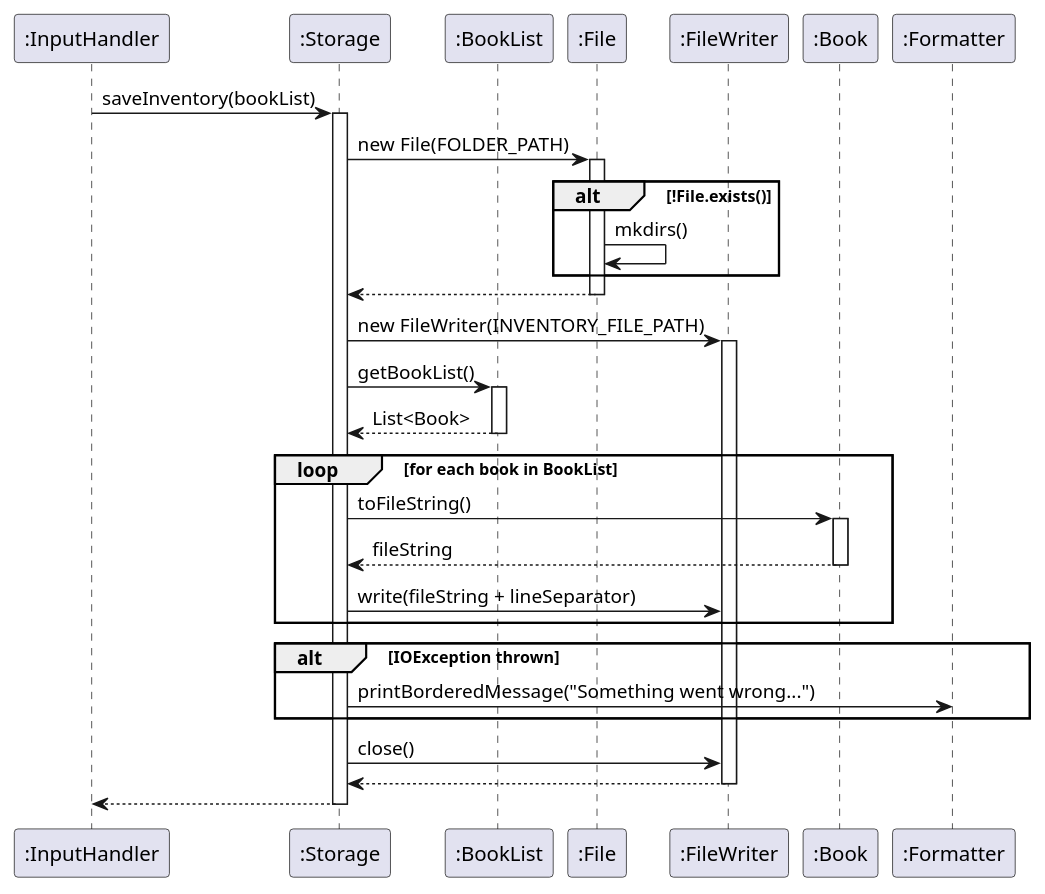
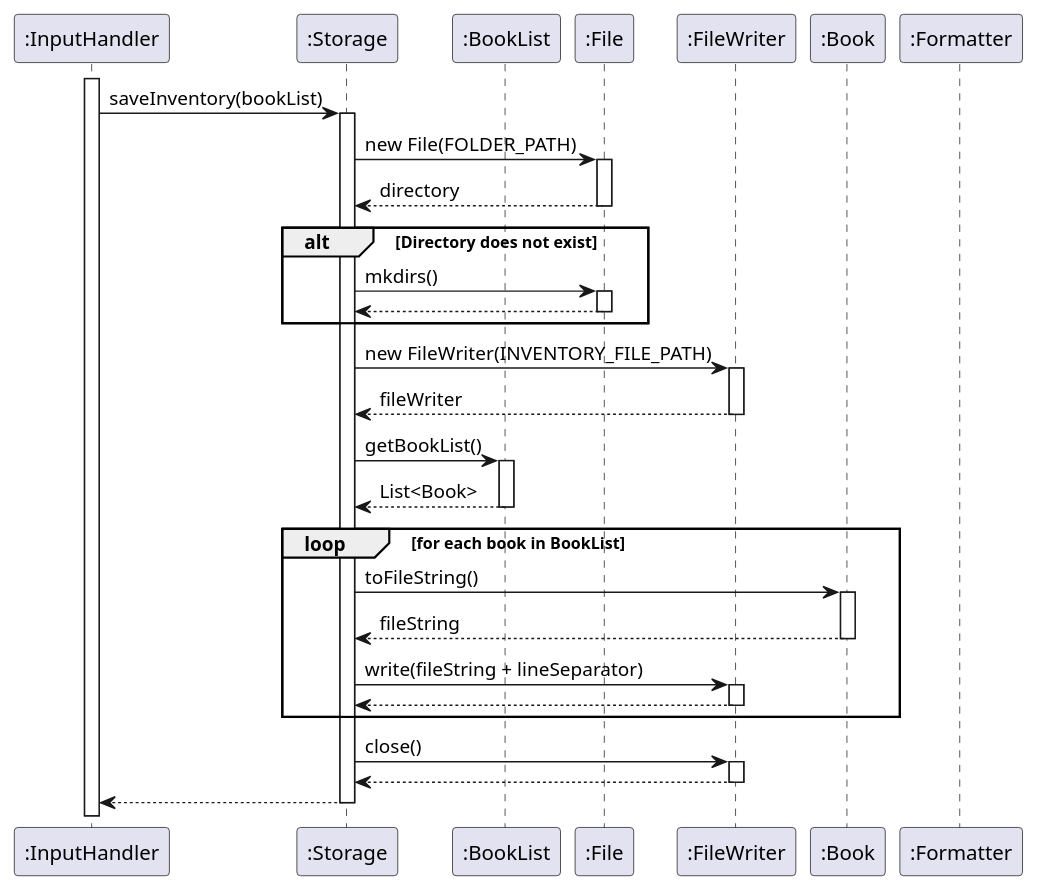
One commit to AY2425S2-CS2113-T12-2/tp changed the diagram in docs/diagrams/saveInventory.puml. Above: the diagram before and after it, drawn with PlantUML. The commit also changed 1 other file, not shown here.

Commit message:
fix naming for FileWriter object and saveInventory Sequence Diagram

```diff
--- a/docs/diagrams/saveInventory.puml
+++ b/docs/diagrams/saveInventory.puml
@@ -1,50 +1,67 @@
 @startuml
+
 participant InputHandler as ":InputHandler"
 participant Storage as ":Storage"
 participant BookList as ":BookList"
 participant File as ":File"
 participant FileWriter as ":FileWriter"
 participant Book as ":Book"
 participant Formatter as ":Formatter"
 
+activate InputHandler
+
 InputHandler -> Storage: saveInventory(bookList)
 activate Storage
 
 ' Check if directory exists
 Storage -> File: new File(FOLDER_PATH)
 activate File
-alt !File.exists()
-    File -> File: mkdirs()
+File --> Storage: directory
+deactivate File
+alt Directory does not exist
+    Storage -> File: mkdirs()
+    activate File
+    File --> Storage: 
+    deactivate File
 end
-File --> Storage
+
 deactivate File
 
 ' Create FileWriter for INVENTORY_FILE_PATH
 Storage -> FileWriter: new FileWriter(INVENTORY_FILE_PATH)
 activate FileWriter
+
+
+
+FileWriter --> Storage: fileWriter
+deactivate FileWriter
+
 ' Retrieve list of books from BookList
 Storage -> BookList: getBookList()
 activate BookList
 BookList --> Storage: List<Book>
 deactivate BookList
 
 ' Loop through each Book and write its file string
 loop for each book in BookList
     Storage -> Book: toFileString()
     activate Book
     Book --> Storage: fileString
     deactivate Book
     Storage -> FileWriter: write(fileString + lineSeparator)
+    activate FileWriter
+    FileWriter --> Storage:
+    deactivate FileWriter
 end
 
-' Exception handling if IOException occurs
-alt IOException thrown
-    Storage -> Formatter: printBorderedMessage("Something went wrong...")
-end
 ' Close the FileWriter
 Storage -> FileWriter: close()
+activate FileWriter
+
 FileWriter --> Storage
 deactivate FileWriter
+
 Storage --> InputHandler
 deactivate Storage
+
 @enduml
```
